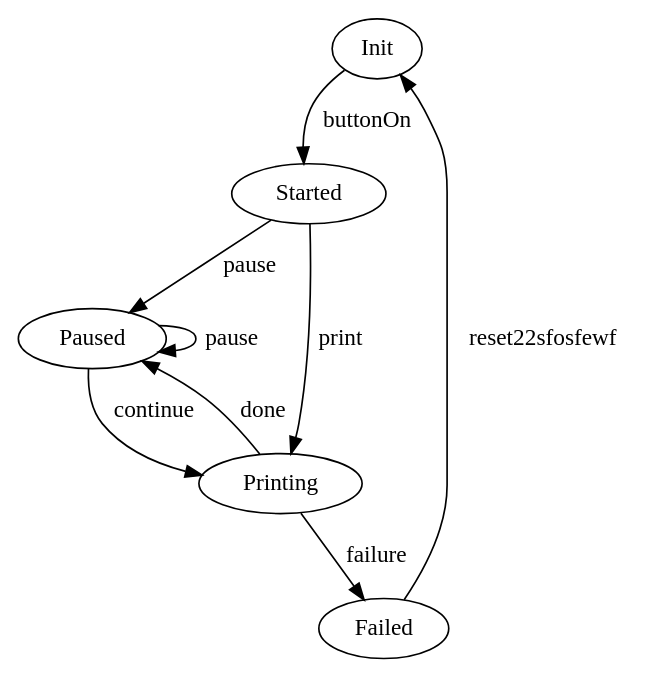
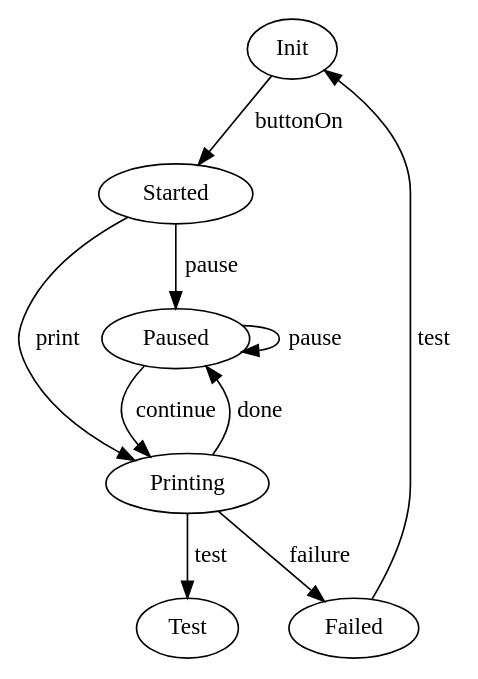
The diagram in input.dot (tpnbolwerk/rascal-ssm), drawn with Graphviz before and after one commit. The commit also changed 15 other files, not shown here.

```diff
--- a/input.dot
+++ b/input.dot
@@ -1,28 +1,30 @@
 digraph{
 
 Init->Started [ label="buttonOn"];
         
      
 
 Started->Paused [ label="pause"];
         
 Started->Printing [ label="print"];
         
      
 
 Paused->Paused [ label="pause"];
         
 Paused->Printing [ label="continue"];
         
      
 
 Printing->Paused [ label="done"];
         
 Printing->Failed [ label="failure"];
         
+Printing->Test [ label="test"];
+        
      
 
-Failed->Init [ label="reset22sfosfewf"];
+Failed->Init [ label="test"];
         
      
     }
```
